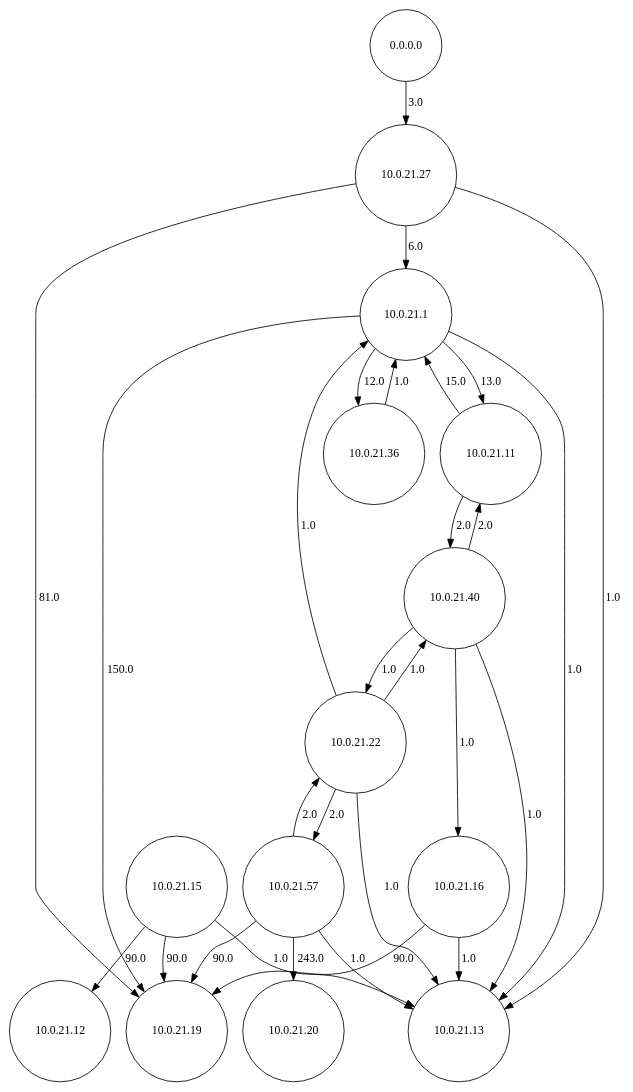
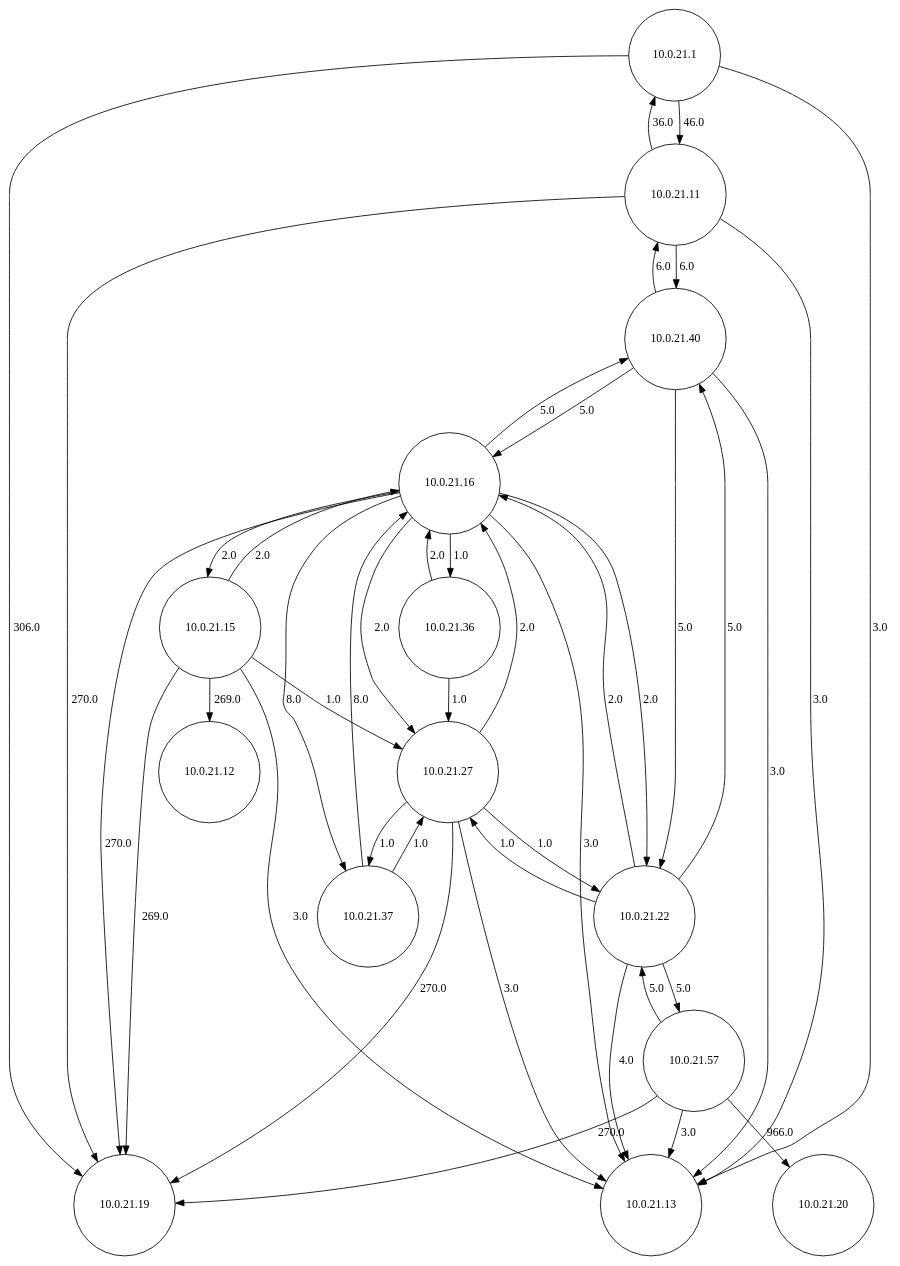
Before and after one commit to jvanecek/tp1-redes-1c2014: the diagram in resultados/orsna/orsna.dot, drawn with Graphviz. The commit also changed 10 other files, not shown here.

```diff
--- a/resultados/orsna/orsna.dot
+++ b/resultados/orsna/orsna.dot
@@ -1,44 +1,58 @@
 digraph LAN {
 	1 [label="10.0.21.1", shape=circle];
 	2 [label="10.0.21.11", shape=circle];
 	11 [label="10.0.21.13", shape=circle];
 	3 [label="10.0.21.27", shape=circle];
 	4 [label="10.0.21.15", shape=circle];
 	5 [label="10.0.21.22", shape=circle];
 	6 [label="10.0.21.16", shape=circle];
 	14 [label="10.0.21.19", shape=circle];
-	9 [label="0.0.0.0", shape=circle];
 	12 [label="10.0.21.12", shape=circle];
 	13 [label="10.0.21.20", shape=circle];
-	8 [label="10.0.21.57", shape=circle];
-	7 [label="10.0.21.36", shape=circle];
+	7 [label="10.0.21.57", shape=circle];
+	8 [label="10.0.21.37", shape=circle];
+	9 [label="10.0.21.36", shape=circle];
 	10 [label="10.0.21.40", shape=circle];
-	1 -> 14 [label="150.0"];
-	1 -> 2 [label="13.0"];
-	1 -> 11 [label="1.0"];
-	1 -> 7 [label="12.0"];
-	2 -> 1 [label="15.0"];
-	2 -> 10 [label="2.0"];
-	3 -> 1 [label="6.0"];
-	3 -> 14 [label="81.0"];
-	3 -> 11 [label="1.0"];
-	4 -> 14 [label="90.0"];
-	4 -> 11 [label="1.0"];
-	4 -> 12 [label="90.0"];
-	5 -> 1 [label="1.0"];
-	5 -> 8 [label="2.0"];
-	5 -> 11 [label="1.0"];
-	5 -> 10 [label="1.0"];
-	6 -> 14 [label="90.0"];
-	6 -> 11 [label="1.0"];
-	7 -> 1 [label="1.0"];
-	8 -> 14 [label="90.0"];
-	8 -> 11 [label="1.0"];
-	8 -> 13 [label="243.0"];
-	8 -> 5 [label="2.0"];
-	9 -> 3 [label="3.0"];
-	10 -> 2 [label="2.0"];
-	10 -> 11 [label="1.0"];
-	10 -> 5 [label="1.0"];
-	10 -> 6 [label="1.0"];
+	1 -> 14 [label="306.0"];
+	1 -> 2 [label="46.0"];
+	1 -> 11 [label="3.0"];
+	2 -> 14 [label="270.0"];
+	2 -> 1 [label="36.0"];
+	2 -> 11 [label="3.0"];
+	2 -> 10 [label="6.0"];
+	3 -> 14 [label="270.0"];
+	3 -> 11 [label="3.0"];
+	3 -> 8 [label="1.0"];
+	3 -> 5 [label="1.0"];
+	3 -> 6 [label="2.0"];
+	4 -> 14 [label="269.0"];
+	4 -> 11 [label="3.0"];
+	4 -> 12 [label="269.0"];
+	4 -> 3 [label="1.0"];
+	4 -> 6 [label="2.0"];
+	5 -> 7 [label="5.0"];
+	5 -> 3 [label="1.0"];
+	5 -> 11 [label="4.0"];
+	5 -> 10 [label="5.0"];
+	5 -> 6 [label="2.0"];
+	6 -> 11 [label="3.0"];
+	6 -> 3 [label="2.0"];
+	6 -> 4 [label="2.0"];
+	6 -> 5 [label="2.0"];
+	6 -> 14 [label="270.0"];
+	6 -> 8 [label="8.0"];
+	6 -> 9 [label="1.0"];
+	6 -> 10 [label="5.0"];
+	7 -> 14 [label="270.0"];
+	7 -> 11 [label="3.0"];
+	7 -> 13 [label="966.0"];
+	7 -> 5 [label="5.0"];
+	8 -> 3 [label="1.0"];
+	8 -> 6 [label="8.0"];
+	9 -> 3 [label="1.0"];
+	9 -> 6 [label="2.0"];
+	10 -> 2 [label="6.0"];
+	10 -> 11 [label="3.0"];
+	10 -> 5 [label="5.0"];
+	10 -> 6 [label="5.0"];
 }
```
